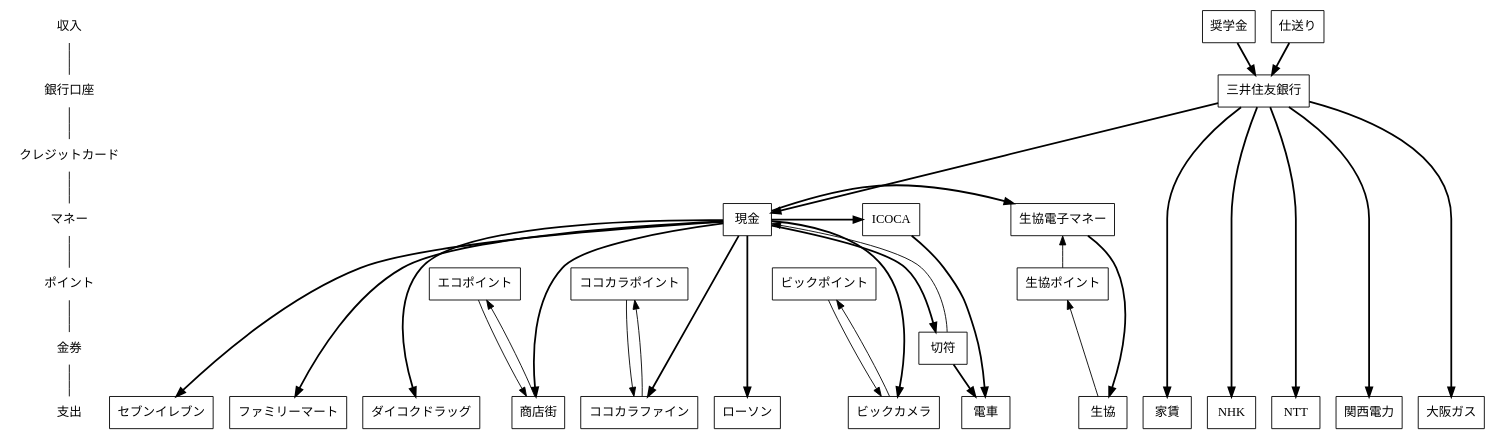
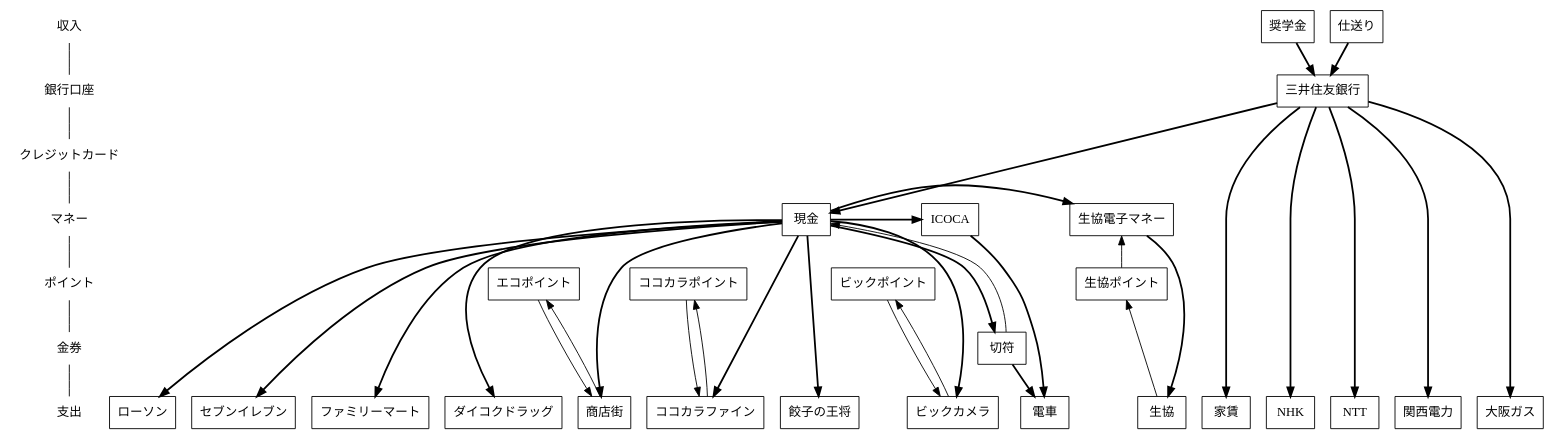
One commit to saireya/moneyflow changed the diagram in flow.dot. Above: the diagram before and after it, drawn with Graphviz.

Commit message:
2011/05: Added Ohsho

```diff
--- a/flow.dot
+++ b/flow.dot
@@ -1,88 +1,90 @@
 // dot -Tsvg flow.dot -o flow.svg
 digraph "MoneyFlow"
 {
 	node [ shape = box ];
 
 	"収入", "銀行口座", "クレジットカード", "マネー", "ポイント", "金券", "支出" [shape = none];
 	"収入" -> "銀行口座" -> "クレジットカード" -> "マネー" -> "ポイント" -> "金券" -> "支出" [arrowhead = none];
 	{
 		rank = same; "収入";
 		奨学金;
 		仕送り;
 	}
 
 	{
 		rank = same; "銀行口座";
 		三井住友銀行;
 	}
 
 	{
 		rank = same; "クレジットカード";
 	}
 
 	{
 		rank = same; "マネー";
 		ICOCA;
 		生協電子マネー;
 		現金;
 	}
 
 	{
 		rank = same; "ポイント";
 		エコポイント;
 		生協ポイント;
 		ココカラポイント;
 		ビックポイント;
 	}
 
 	{
 		rank = same; "金券";
 		切符;
 	}
 
 	{
 		rank = same; "支出";
 		家賃;
 		// コンビニ
 		ローソン;
 		セブンイレブン;
 		ファミリーマート;
 		// 交通
 		電車;
 		// インフラ
 		NHK;
 		NTT;
 		関西電力;
 		大阪ガス;
 		// 店舗
 		商店街;
 		生協;
 		ココカラファイン;
 		ダイコクドラッグ;
 		ビックカメラ;
+		餃子の王将;
 	}
 
 	// SMBC
 	奨学金 -> 三井住友銀行 [style="bold", weight=100];
 	仕送り -> 三井住友銀行 [style="bold", weight=100];
 	三井住友銀行 -> 現金, 家賃, 関西電力, 大阪ガス, NHK, NTT [style="bold", weight=100];
 
 	// 現金
 	現金 -> 商店街 [style="bold", weight=100];
 	商店街 -> エコポイント -> 商店街;
 	現金 -> ローソン [style="bold", weight=100];
 	現金 -> セブンイレブン [style="bold", weight=100];
 	現金 -> ファミリーマート [style="bold", weight=100];
 	現金 -> 生協電子マネー [style="bold", weight=100];
 	生協電子マネー -> 生協 [style="bold", weight=100];
 	生協 -> 生協ポイント -> 生協電子マネー;
 	現金 -> ココカラファイン [style="bold", weight=100];
 	ココカラファイン -> ココカラポイント -> ココカラファイン;
 	現金 -> ダイコクドラッグ [style="bold", weight=100];
 	現金 -> ビックカメラ [style="bold", weight=100];
 	ビックカメラ -> ビックポイント -> ビックカメラ;
+	現金 -> 餃子の王将 [style="bold", weight=100];
 
 	現金 -> ICOCA -> 電車 [style="bold", weight=100];
 	現金 -> 切符 -> 電車 [style="bold", weight=100];
 	切符 -> 現金;
 } 
```
